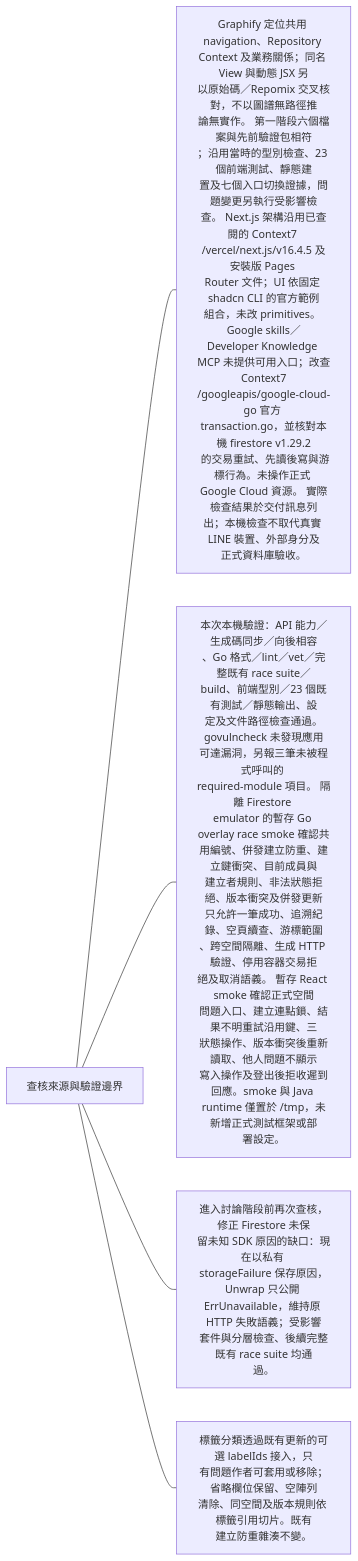
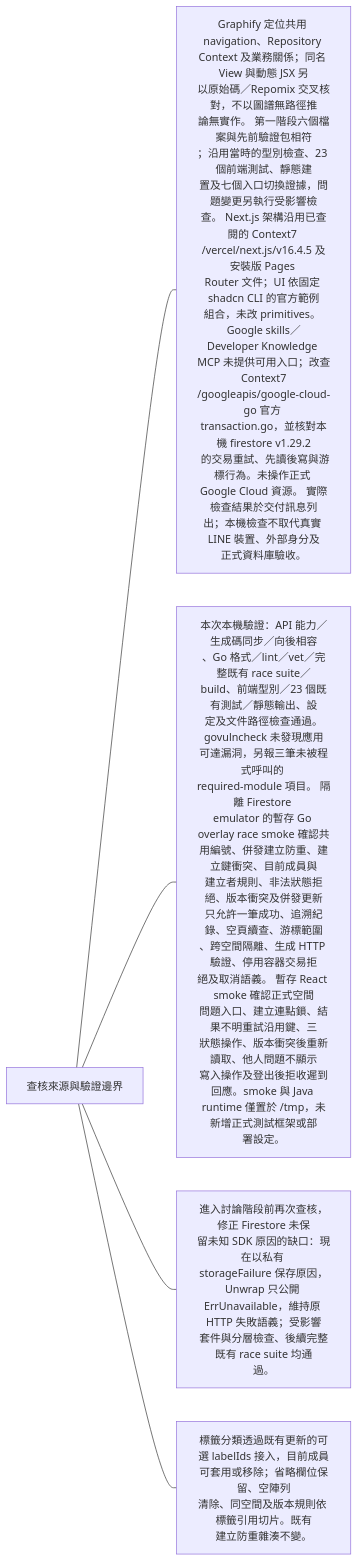
One commit to 963sup/line-mini-app-bot changed the sixth of 6 diagrams in docs/domains/repository/issues.md. Above: the diagram before and after it, drawn with Mermaid. The commit also changed 25 other files, not shown here.

````diff
--- a/docs/domains/repository/issues.md
+++ b/docs/domains/repository/issues.md
@@ -84,9 +84,9 @@
 ```mermaid
 flowchart LR
   h["查核來源與驗證邊界"]
   h --- n0["Graphify 定位共用 navigation、Repository <br/>Context 及業務關係；同名 View 與動態 JSX 另<br/>以原始碼／Repomix 交叉核對，不以圖譜無路徑推<br/>論無實作。 第一階段六個檔案與先前驗證包相符<br/>；沿用當時的型別檢查、23 個前端測試、靜態建<br/>置及七個入口切換證據，問題變更另執行受影響檢<br/>查。 Next.js 架構沿用已查閱的 Context7 <br/>/vercel/next.js/v16.4.5 及安裝版 Pages <br/>Router 文件；UI 依固定 shadcn CLI 的官方範例<br/>組合，未改 primitives。 Google skills／<br/>Developer Knowledge MCP 未提供可用入口；改查<br/> Context7 /googleapis/google-cloud-go 官方 <br/>transaction.go，並核對本機 firestore v1.29.2<br/> 的交易重試、先讀後寫與游標行為。未操作正式 <br/>Google Cloud 資源。 實際檢查結果於交付訊息列<br/>出；本機檢查不取代真實 LINE 裝置、外部身分及<br/>正式資料庫驗收。"]
   h --- n1["本次本機驗證：API 能力／生成碼同步／向後相容<br/>、Go 格式／lint／vet／完整既有 race suite／<br/>build、前端型別／23 個既有測試／靜態輸出、設<br/>定及文件路徑檢查通過。govulncheck 未發現應用<br/>可達漏洞，另報三筆未被程式呼叫的 <br/>required-module 項目。 隔離 Firestore <br/>emulator 的暫存 Go overlay race smoke 確認共<br/>用編號、併發建立防重、建立鍵衝突、目前成員與<br/>建立者規則、非法狀態拒絕、版本衝突及併發更新<br/>只允許一筆成功、追溯紀錄、空頁續查、游標範圍<br/>、跨空間隔離、生成 HTTP 驗證、停用容器交易拒<br/>絕及取消語義。 暫存 React smoke 確認正式空間<br/>問題入口、建立連點鎖、結果不明重試沿用鍵、三<br/>狀態操作、版本衝突後重新讀取、他人問題不顯示<br/>寫入操作及登出後拒收遲到回應。smoke 與 Java <br/>runtime 僅置於 /tmp，未新增正式測試框架或部<br/>署設定。"]
   h --- n2["進入討論階段前再次查核，修正 Firestore 未保<br/>留未知 SDK 原因的缺口：現在以私有 <br/>storageFailure 保存原因，Unwrap 只公開 <br/>ErrUnavailable，維持原 HTTP 失敗語義；受影響<br/>套件與分層檢查、後續完整既有 race suite 均通<br/>過。"]
-  h --- n3["標籤分類透過既有更新的可選 labelIds 接入，只<br/>有問題作者可套用或移除；省略欄位保留、空陣列<br/>清除、同空間及版本規則依 標籤引用切片。既有<br/>建立防重雜湊不變。"]
+  h --- n3["標籤分類透過既有更新的可選 labelIds 接入，目前成員可套用或移除；省略欄位保留、空陣列<br/>清除、同空間及版本規則依 標籤引用切片。既有<br/>建立防重雜湊不變。"]
   click n3 "labels.md#標籤引用切片"
 ```
````
